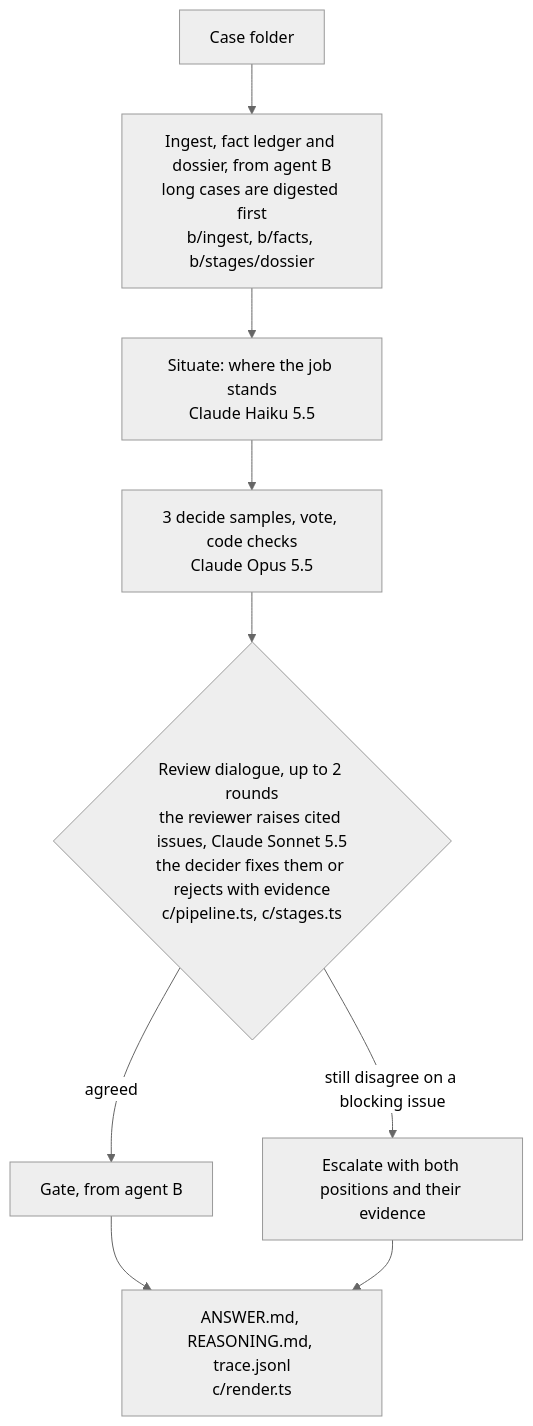
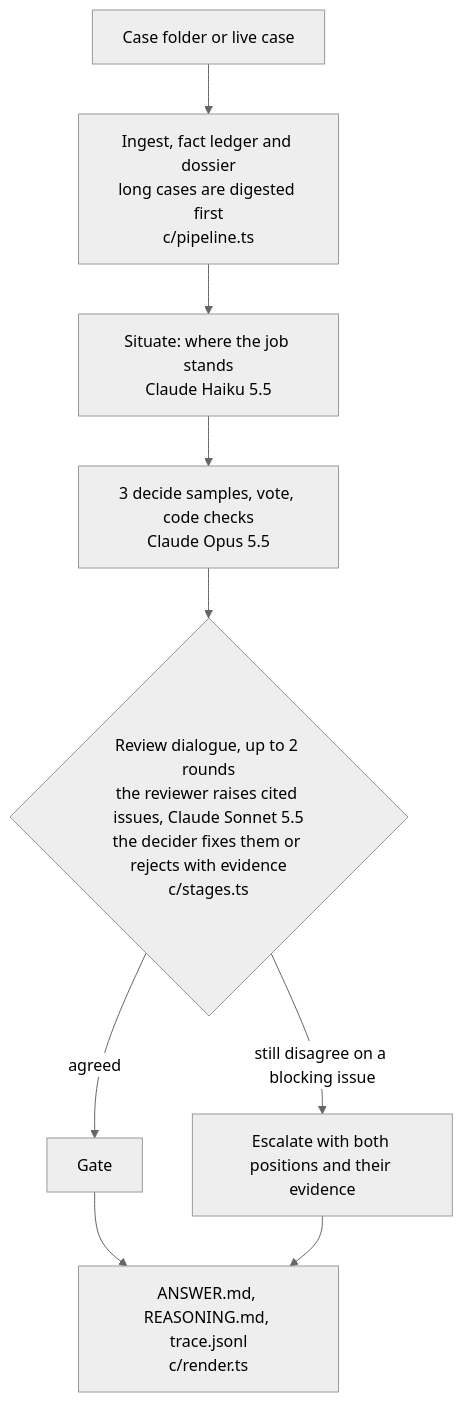
One commit to Harrishayy/monopoly changed the second of 2 diagrams in README.md. Above: the diagram before and after it, drawn with Mermaid (neutral theme). The commit also changed other lines of this file and 38 other files, not shown here.

````diff
--- a/README.md
+++ b/README.md
@@ -202,11 +124,11 @@
 ```mermaid
 flowchart TD
-  input["Case folder"] --> ingest["Ingest, fact ledger and dossier, from agent B<br/>long cases are digested first<br/>b/ingest, b/facts, b/stages/dossier"]
+  input["Case folder or live case"] --> ingest["Ingest, fact ledger and dossier<br/>long cases are digested first<br/>c/pipeline.ts"]
   ingest --> situate["Situate: where the job stands<br/>Claude Haiku 5.5"]
   situate --> decide["3 decide samples, vote, code checks<br/>Claude Opus 5.5"]
-  decide --> review{"Review dialogue, up to 2 rounds<br/>the reviewer raises cited issues, Claude Sonnet 5.5<br/>the decider fixes them or rejects with evidence<br/>c/pipeline.ts, c/stages.ts"}
-  review -->|"agreed"| gate["Gate, from agent B"]
+  decide --> review{"Review dialogue, up to 2 rounds<br/>the reviewer raises cited issues, Claude Sonnet 5.5<br/>the decider fixes them or rejects with evidence<br/>c/stages.ts"}
+  review -->|"agreed"| gate["Gate"]
   review -->|"still disagree on a blocking issue"| esc["Escalate with both positions and their evidence"]
   gate --> out["ANSWER.md, REASONING.md, trace.jsonl<br/>c/render.ts"]
   esc --> out
 ```
````
